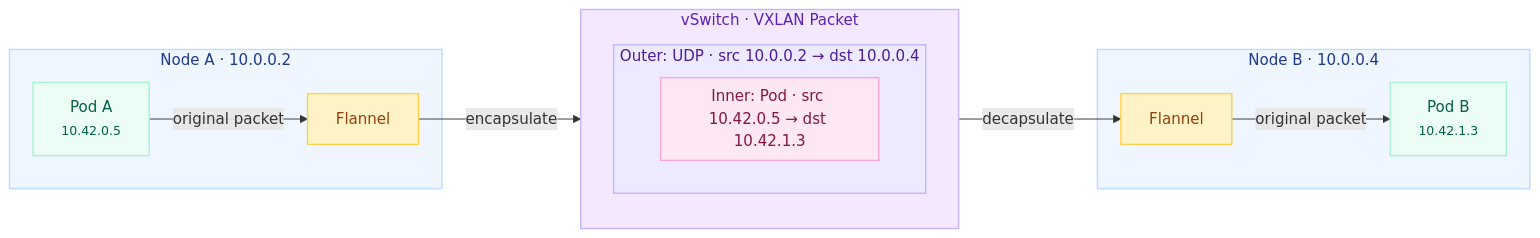
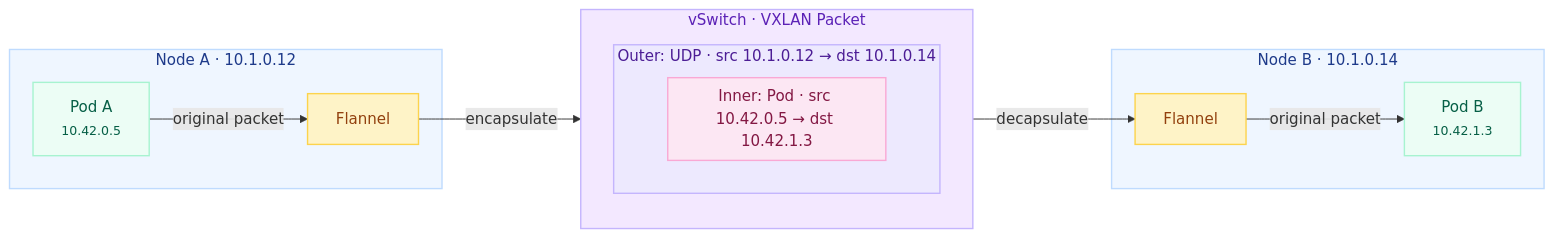
The first of 2 diagrams in guides/migrating-k3s-to-rke2-without-downtime/lesson-6.md (philprime/philprime.dev), drawn with Mermaid before and after one commit. The commit also changed other lines of this file and 9 other files, not shown here.

````diff
--- a/guides/migrating-k3s-to-rke2-without-downtime/lesson-6.md
+++ b/guides/migrating-k3s-to-rke2-without-downtime/lesson-6.md
@@ -110,39 +110,39 @@
 ```mermaid!
 flowchart LR
-    subgraph NodeA["Node A · 10.0.0.2"]
+    subgraph NodeA["Node A · 10.1.0.12"]
         PodA["Pod A<br/><small>10.42.0.5</small>"]
         FA["Flannel"]
     end
 
     subgraph Wire["vSwitch · VXLAN Packet"]
         direction TB
-        subgraph Outer["Outer: UDP · src 10.0.0.2 → dst 10.0.0.4"]
+        subgraph Outer["Outer: UDP · src 10.1.0.12 → dst 10.1.0.14"]
             subgraph Inner["Inner: Pod · src 10.42.0.5 → dst 10.42.1.3"]
             end
         end
     end
 
-    subgraph NodeB["Node B · 10.0.0.4"]
+    subgraph NodeB["Node B · 10.1.0.14"]
         FB["Flannel"]
         PodB["Pod B<br/><small>10.42.1.3</small>"]
     end
 
     PodA -->|"original packet"| FA
     FA -->|"encapsulate"| Wire
     Wire -->|"decapsulate"| FB
     FB -->|"original packet"| PodB
 
     classDef node fill:#eff6ff,color:#1e3a8a,stroke:#bfdbfe,stroke-width:1.5px
     classDef pod fill:#ecfdf5,color:#065f46,stroke:#a7f3d0,stroke-width:1.5px
     classDef flannel fill:#fef3c7,color:#92400e,stroke:#fcd34d,stroke-width:1.5px
     classDef wire fill:#f3e8ff,color:#5b21b6,stroke:#c4b5fd,stroke-width:1.5px
     classDef outer fill:#ede9fe,color:#4c1d95,stroke:#c4b5fd,stroke-width:1.5px
     classDef inner fill:#fce7f3,color:#831843,stroke:#f9a8d4,stroke-width:1.5px
 
     class NodeA,NodeB node
     class PodA,PodB pod
     class FA,FB flannel
     class Wire wire
     class Outer outer
     class Inner inner
 ```
````
